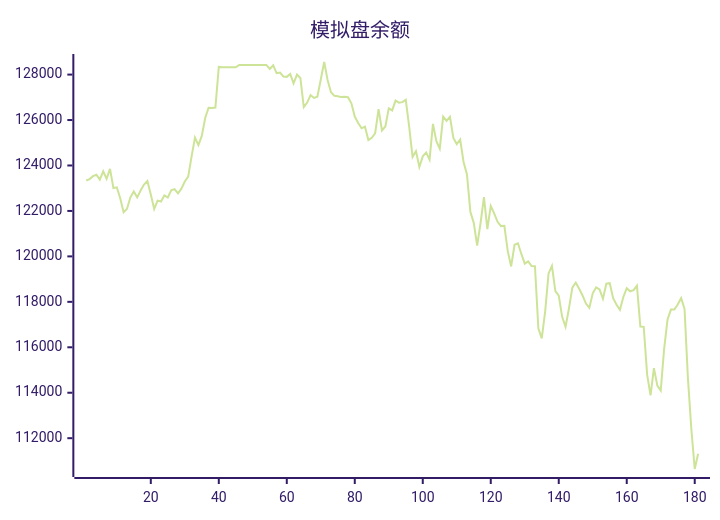
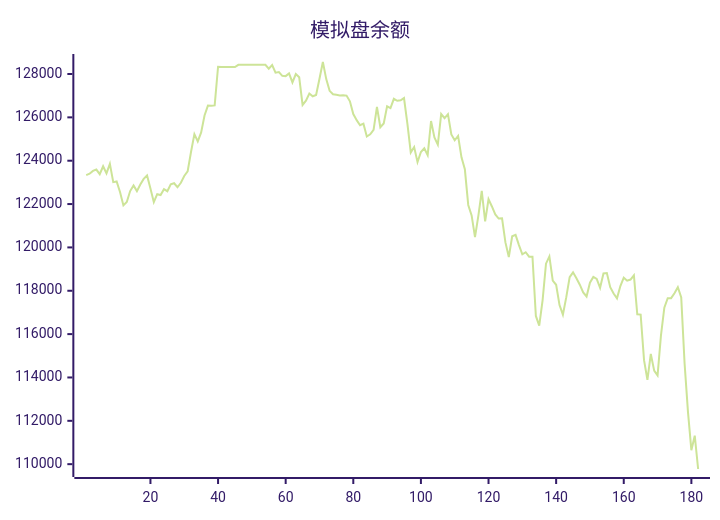
The diagram in README.md (aahl/ai-trading), drawn with Mermaid (forest theme) before and after one commit. The commit also changed other lines of this file and 1 other file, not shown here.

````diff
--- a/README.md
+++ b/README.md
@@ -5,5 +5,5 @@
 ```mermaid
 xychart
     title "模拟盘余额"
-    line [123338,123402,123530,123592,123378,123745,123413,123853,123009,123040,122557,121938,122095,122599,122856,122597,122898,123160,123319,122719,122087,122454,122416,122685,122592,122907,122961,122776,122981,123295,123507,124403,125224,124894,125303,126088,126544,126534,126549,128335,128318,128318,128318,128318,128318,128424,128424,128424,128424,128424,128424,128424,128424,128424,128247,128412,128062,128087,127917,127901,128026,127611,128000,127850,126572,126770,127100,126971,127029,127783,128554,127765,127224,127064,127044,127009,127025,127004,126738,126152,125871,125635,125707,125117,125217,125420,126480,125545,125715,126511,126424,126856,126764,126788,126890,125710,124381,124632,123936,124402,124574,124256,125833,125070,124739,126154,125966,126145,125213,124943,125143,124157,123604,121959,121476,120476,121470,122610,121201,122221,121889,121522,121332,121344,120232,119559,120513,120577,120108,119680,119777,119572,119568,116839,116392,117573,119250,119585,118469,118277,117338,116897,117706,118628,118849,118579,118280,117926,117735,118373,118639,118544,118136,118798,118819,118162,117874,117649,118215,118601,118463,118517,118713,116911,116899,114798,113887,115084,114313,114091,115934,117221,117658,117658,117883,118164,117693,114632,112403,110644,111313]
+    line [123338,123402,123530,123592,123378,123745,123413,123853,123009,123040,122557,121938,122095,122599,122856,122597,122898,123160,123319,122719,122087,122454,122416,122685,122592,122907,122961,122776,122981,123295,123507,124403,125224,124894,125303,126088,126544,126534,126549,128335,128318,128318,128318,128318,128318,128424,128424,128424,128424,128424,128424,128424,128424,128424,128247,128412,128062,128087,127917,127901,128026,127611,128000,127850,126572,126770,127100,126971,127029,127783,128554,127765,127224,127064,127044,127009,127025,127004,126738,126152,125871,125635,125707,125117,125217,125420,126480,125545,125715,126511,126424,126856,126764,126788,126890,125710,124381,124632,123936,124402,124574,124256,125833,125070,124739,126154,125966,126145,125213,124943,125143,124157,123604,121959,121476,120476,121470,122610,121201,122221,121889,121522,121332,121344,120232,119559,120513,120577,120108,119680,119777,119572,119568,116839,116392,117573,119250,119585,118469,118277,117338,116897,117706,118628,118849,118579,118280,117926,117735,118373,118639,118544,118136,118798,118819,118162,117874,117649,118215,118601,118463,118517,118713,116911,116899,114798,113887,115084,114313,114091,115934,117221,117658,117658,117883,118164,117693,114632,112403,110644,111313,109777]
 ```
````
